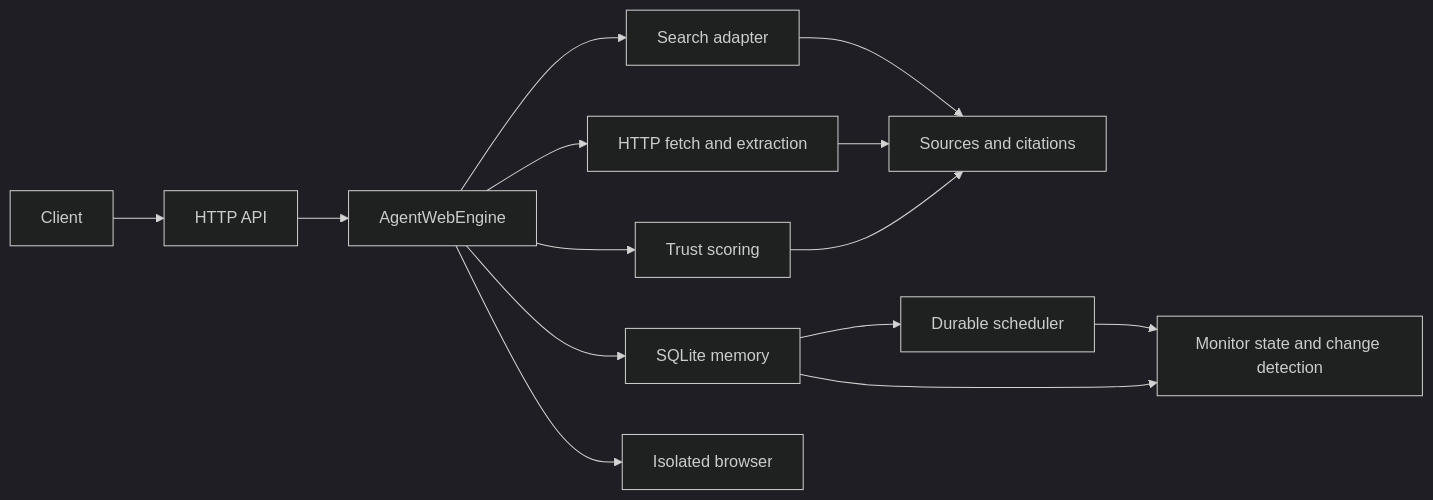
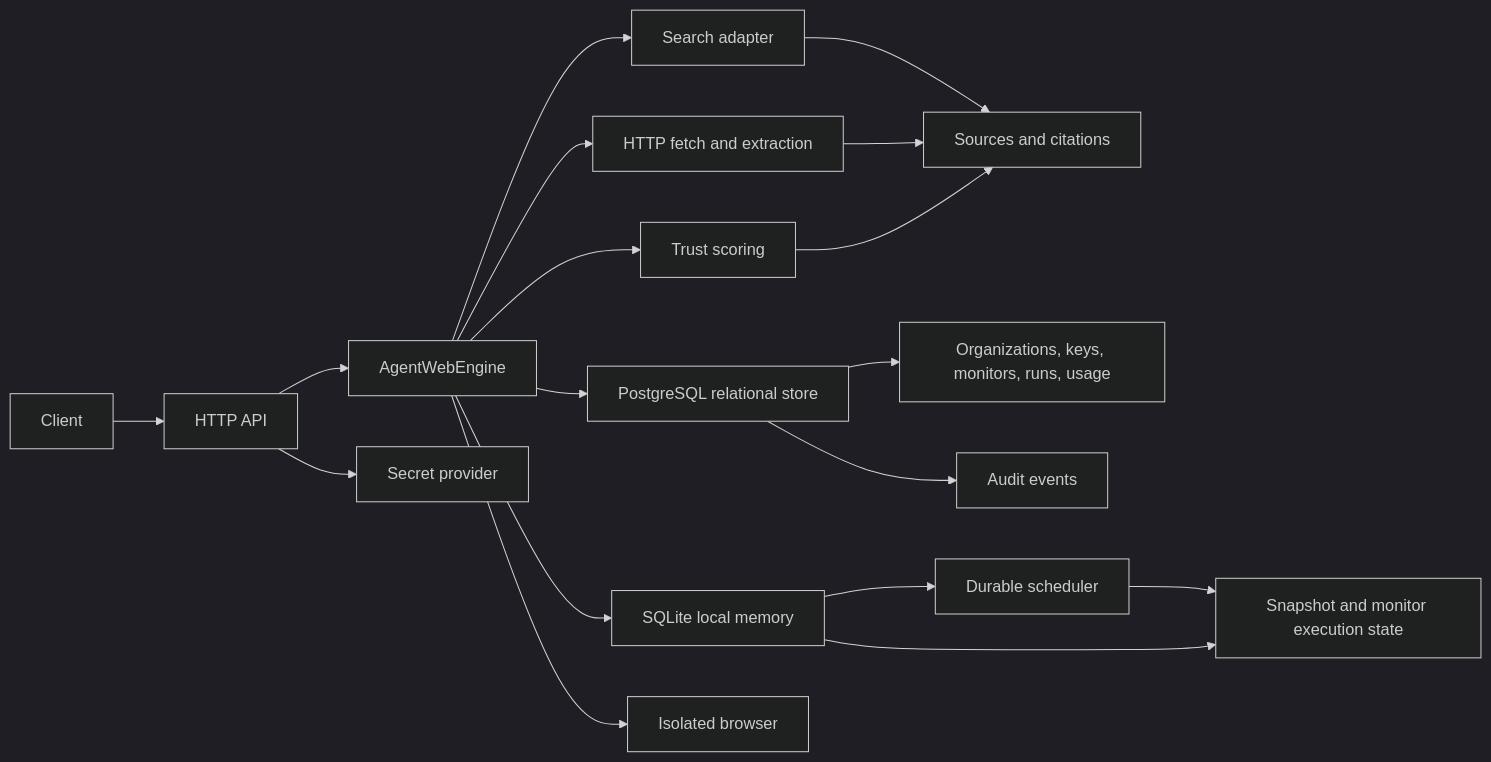
The diagram in README.md (vincenzo-afk/AgentWeb), drawn with Mermaid (dark theme) before and after one commit. The commit also changed other lines of this file and 17 other files, not shown here.

````diff
--- a/README.md
+++ b/README.md
@@ -170,16 +192,20 @@
 ```mermaid
 flowchart LR
     Client[Client] --> API[HTTP API]
     API --> Engine[AgentWebEngine]
+    API --> Secrets[Secret provider]
     Engine --> Search[Search adapter]
     Engine --> Fetch[HTTP fetch and extraction]
     Engine --> Trust[Trust scoring]
-    Engine --> Memory[SQLite memory]
+    Engine --> Relational[PostgreSQL relational store]
+    Engine --> Memory[SQLite local memory]
     Engine --> Browser[Isolated browser]
     Memory --> Scheduler[Durable scheduler]
     Search --> Sources[Sources and citations]
     Fetch --> Sources
     Trust --> Sources
-    Memory --> Monitor[Monitor state and change detection]
+    Relational --> Tenant[Organizations, keys, monitors, runs, usage]
+    Relational --> Audit[Audit events]
+    Memory --> Monitor[Snapshot and monitor execution state]
     Scheduler --> Monitor
 ```
````
